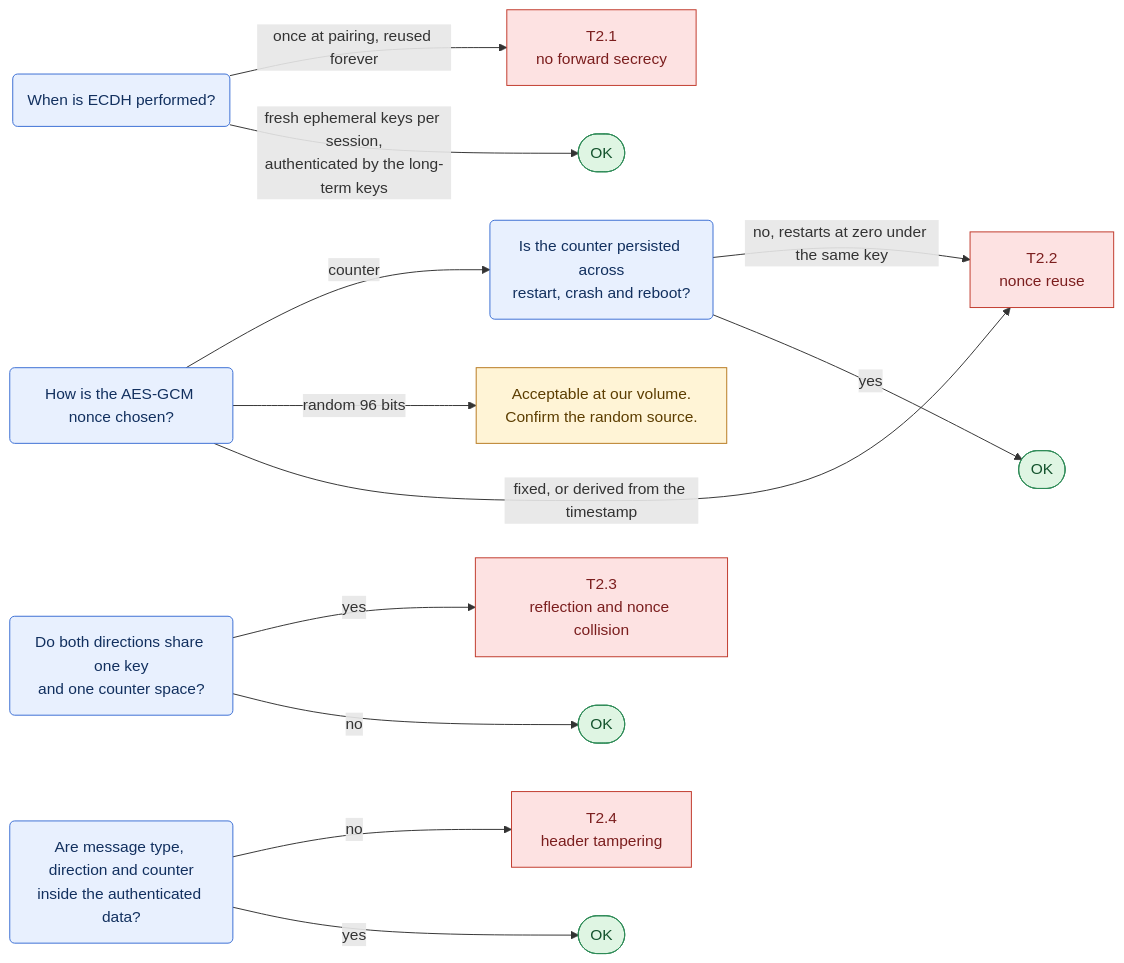
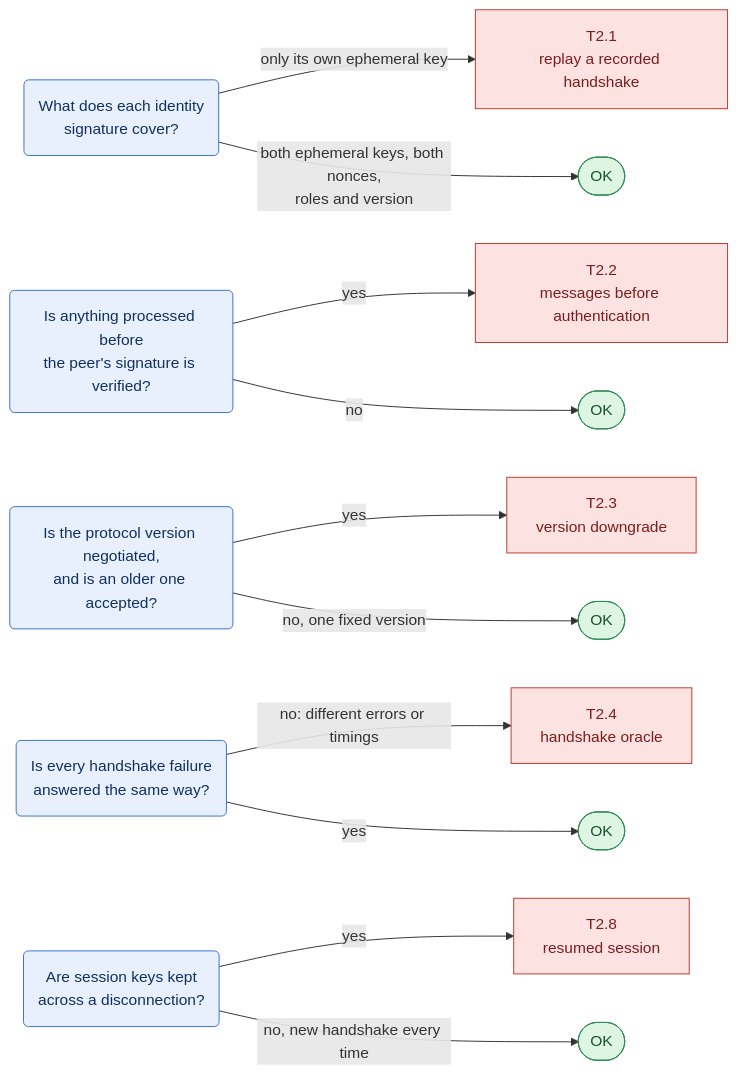
The fourth of 17 diagrams in docs/red-team/README.md (Samylay/sentry-key), drawn with Mermaid before and after one commit. The commit also changed other lines of this file and 1 other file, not shown here.

First line of the commit message:
Align red team guide with docs/ARCHITECTURE.md (prompt P-007)

````diff
--- a/docs/red-team/README.md
+++ b/docs/red-team/README.md
@@ -213,23 +268,22 @@
 ```mermaid
 flowchart LR
   classDef q fill:#e8f0fe,stroke:#3b6fd4,color:#12305f
   classDef atk fill:#fde2e2,stroke:#c0392b,color:#7b1e1e
   classDef ok fill:#dff5e3,stroke:#2e8b57,color:#14532d
   classDef note fill:#fff4d6,stroke:#b7791f,color:#5c3d00
-  q1("When is ECDH performed?"):::q
-  q2("How is the AES-GCM nonce chosen?"):::q
-  q3("Is the counter persisted across<br/>restart, crash and reboot?"):::q
-  q4("Do both directions share one key<br/>and one counter space?"):::q
-  q5("Are message type, direction and counter<br/>inside the authenticated data?"):::q
-  q1 -->|"once at pairing, reused forever"| a1["T2.1<br/>no forward secrecy"]:::atk
-  q1 -->|"fresh ephemeral keys per session,<br/>authenticated by the long-term keys"| ok1(["OK"]):::ok
-  q2 -->|"counter"| q3
-  q2 -->|"random 96 bits"| n1["Acceptable at our volume.<br/>Confirm the random source."]:::note
-  q2 -->|"fixed, or derived from the timestamp"| a2["T2.2<br/>nonce reuse"]:::atk
-  q3 -->|"no, restarts at zero under the same key"| a2
-  q3 -->|"yes"| ok2(["OK"]):::ok
-  q4 -->|"yes"| a3["T2.3<br/>reflection and nonce collision"]:::atk
-  q4 -->|"no"| ok3(["OK"]):::ok
-  q5 -->|"no"| a4["T2.4<br/>header tampering"]:::atk
-  q5 -->|"yes"| ok4(["OK"]):::ok
+  q1("What does each identity<br/>signature cover?"):::q
+  q2("Is anything processed before<br/>the peer's signature is verified?"):::q
+  q3("Is the protocol version negotiated,<br/>and is an older one accepted?"):::q
+  q4("Is every handshake failure<br/>answered the same way?"):::q
+  q5("Are session keys kept<br/>across a disconnection?"):::q
+  q1 -->|"only its own ephemeral key"| a1["T2.1<br/>replay a recorded handshake"]:::atk
+  q1 -->|"both ephemeral keys, both nonces,<br/>roles and version"| ok1(["OK"]):::ok
+  q2 -->|"yes"| a2["T2.2<br/>messages before authentication"]:::atk
+  q2 -->|"no"| ok2(["OK"]):::ok
+  q3 -->|"yes"| a3["T2.3<br/>version downgrade"]:::atk
+  q3 -->|"no, one fixed version"| ok3(["OK"]):::ok
+  q4 -->|"no: different errors or timings"| a4["T2.4<br/>handshake oracle"]:::atk
+  q4 -->|"yes"| ok4(["OK"]):::ok
+  q5 -->|"yes"| a8["T2.8<br/>resumed session"]:::atk
+  q5 -->|"no, new handshake every time"| ok5(["OK"]):::ok
 ```
````
